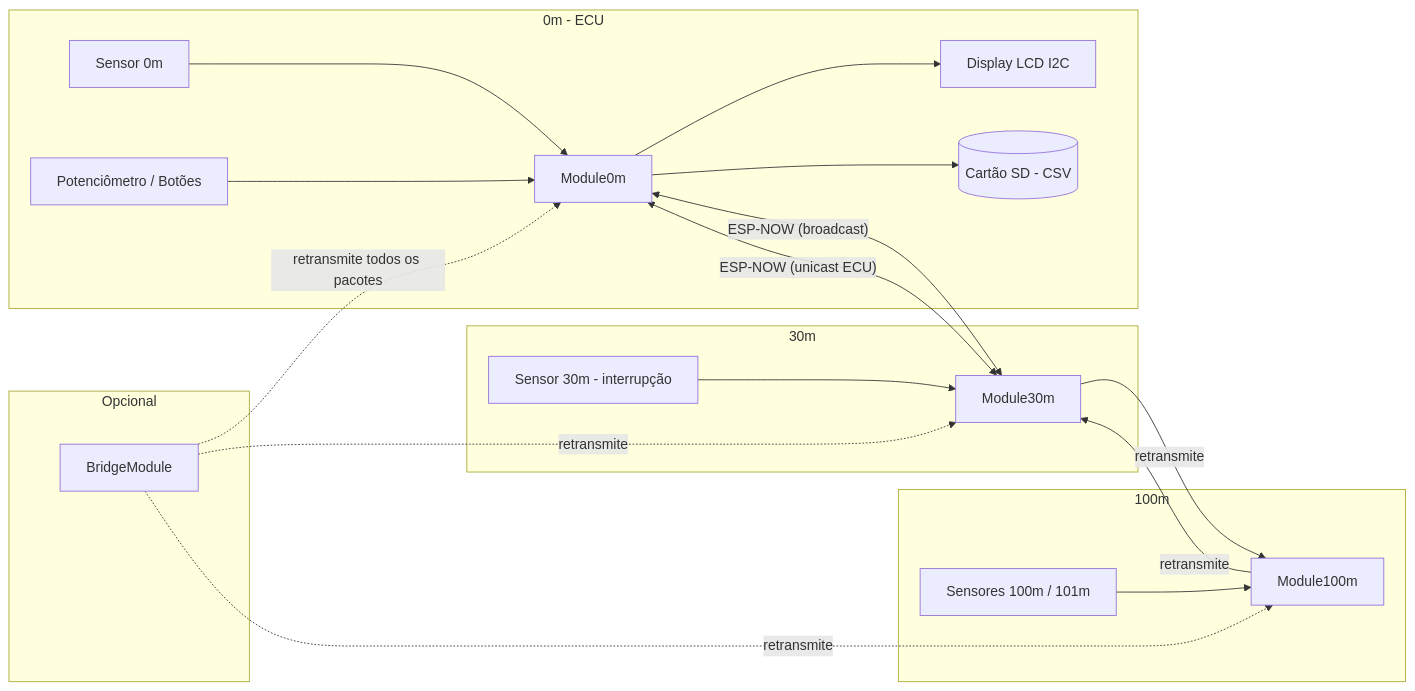
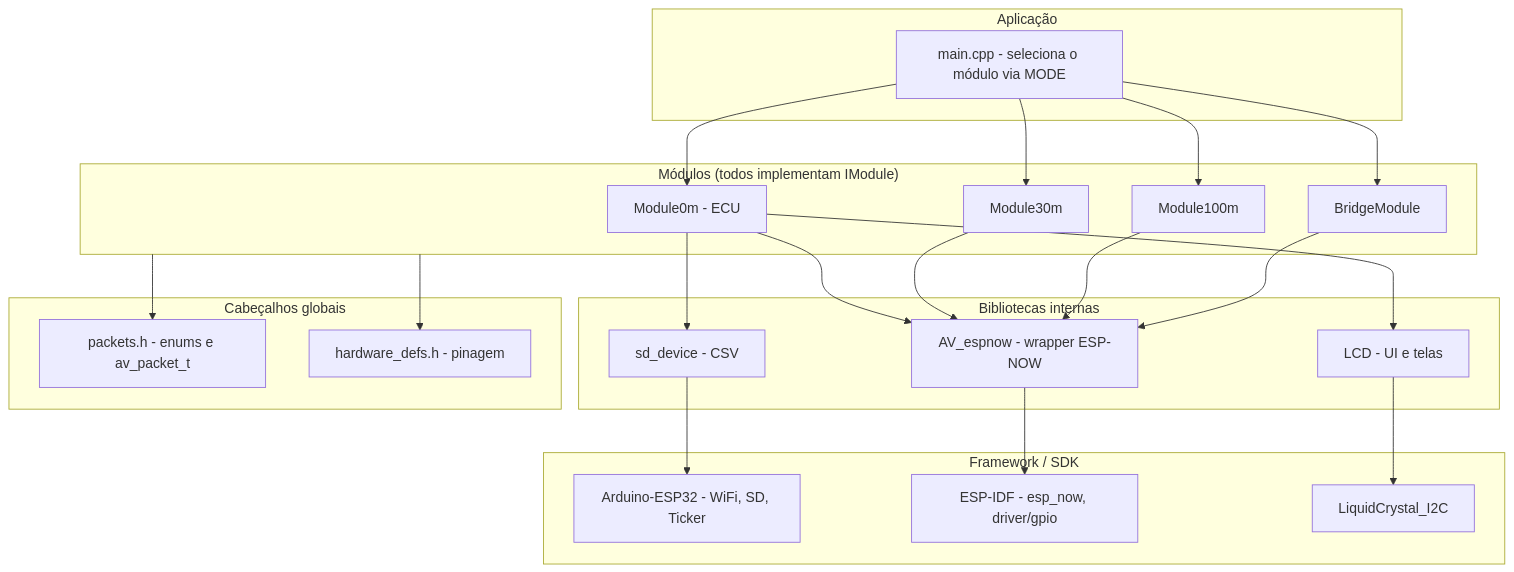
One commit to DARXS/AV-Test changed the second of 11 diagrams in README.md. Above: the diagram before and after it, drawn with Mermaid. The commit also changed other lines of this file, not shown here.

````diff
--- a/README.md
+++ b/README.md
@@ -21,26 +111,37 @@
 ```mermaid
-flowchart LR
-    subgraph "0m - ECU"
-        SENSOR0[Sensor 0m] --> ECU[Module0m]
-        POT[Potenciômetro / Botões] --> ECU
-        ECU --> LCD[Display LCD I2C]
-        ECU --> SD[(Cartão SD - CSV)]
+flowchart TB
+    subgraph APP["Aplicação"]
+        MAIN["main.cpp - seleciona o módulo via MODE"]
     end
-    subgraph "30m"
-        S30[Sensor 30m - interrupção] --> M30[Module30m]
+    subgraph MODS["Módulos (todos implementam IModule)"]
+        M0["Module0m - ECU"]
+        M30["Module30m"]
+        M100["Module100m"]
+        BR["BridgeModule"]
     end
-    subgraph "100m"
-        S100[Sensores 100m / 101m] --> M100[Module100m]
+    subgraph LIBS["Bibliotecas internas"]
+        NOW["AV_espnow - wrapper ESP-NOW"]
+        LCDL["LCD - UI e telas"]
+        SDL["sd_device - CSV"]
     end
-    subgraph Opcional
-        BR[BridgeModule]
+    subgraph INC["Cabeçalhos globais"]
+        PK["packets.h - enums e av_packet_t"]
+        HW["hardware_defs.h - pinagem"]
+    end
+    subgraph SDK["Framework / SDK"]
+        ARD["Arduino-ESP32 - WiFi, SD, Ticker"]
+        IDF["ESP-IDF - esp_now, driver/gpio"]
+        LIQ["LiquidCrystal_I2C"]
     end
 
-    ECU <-- "ESP-NOW (broadcast)" --> M30
-    M30 <-- "ESP-NOW (unicast ECU)" --> ECU
-    M30 -- "retransmite" --> M100
-    M100 -- "retransmite" --> M30
-    BR -. "retransmite todos os pacotes" .-> ECU
-    BR -. retransmite .-> M30
-    BR -. retransmite .-> M100
+    MAIN --> M0 & M30 & M100 & BR
+    M0 --> NOW & LCDL & SDL
+    M30 --> NOW
+    M100 --> NOW
+    BR --> NOW
+    MODS --> PK
+    MODS --> HW
+    NOW --> IDF
+    LCDL --> LIQ
+    SDL --> ARD
 ```
````
